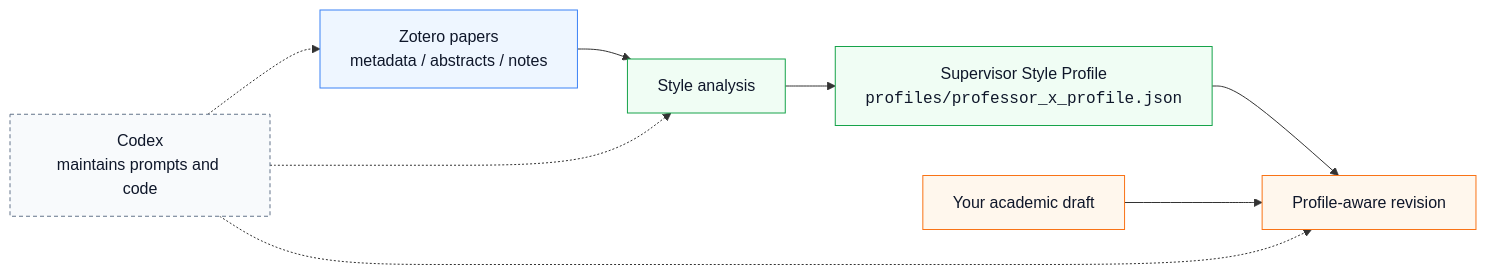
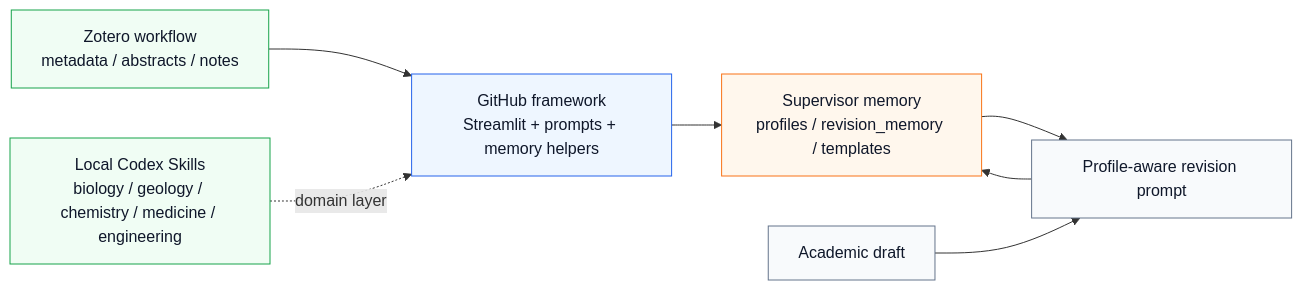
Before and after one commit to CHF-hayden/advisor-style-agent: the diagram in README.md, drawn with Mermaid. The commit also changed other lines of this file and 9 other files, not shown here.

Commit message:
Refactor as general academic memory framework

````diff
--- a/README.md
+++ b/README.md
@@ -115,20 +40,21 @@
 ```mermaid
 flowchart LR
-    classDef source fill:#eef6ff,stroke:#3b82f6,color:#0f172a,stroke-width:1px;
-    classDef memory fill:#f0fdf4,stroke:#16a34a,color:#0f172a,stroke-width:1px;
-    classDef writing fill:#fff7ed,stroke:#f97316,color:#0f172a,stroke-width:1px;
-    classDef codex fill:#f8fafc,stroke:#64748b,color:#0f172a,stroke-width:1px,stroke-dasharray:4 3;
+    classDef framework fill:#eef6ff,stroke:#2563eb,color:#0f172a,stroke-width:1px;
+    classDef local fill:#f0fdf4,stroke:#16a34a,color:#0f172a,stroke-width:1px;
+    classDef memory fill:#fff7ed,stroke:#f97316,color:#0f172a,stroke-width:1px;
+    classDef output fill:#f8fafc,stroke:#64748b,color:#0f172a,stroke-width:1px;
 
-    Z["Zotero papers<br/>metadata / abstracts / notes"]:::source
-    A["Style analysis"]:::memory
-    P["Supervisor Style Profile<br/><code>profiles/professor_x_profile.json</code>"]:::memory
-    D["Your academic draft"]:::writing
-    R["Profile-aware revision"]:::writing
-    C["Codex<br/>maintains prompts and code"]:::codex
+    Z["Zotero workflow<br/>metadata / abstracts / notes"]:::local
+    S["Local Codex Skills<br/>biology / geology / chemistry / medicine / engineering"]:::local
+    F["GitHub framework<br/>Streamlit + prompts + memory helpers"]:::framework
+    M["Supervisor memory<br/>profiles / revision_memory / templates"]:::memory
+    D["Academic draft"]:::output
+    R["Profile-aware revision prompt"]:::output
 
-    Z --> A --> P --> R
+    Z --> F
+    S -. domain layer .-> F
+    F --> M
+    M --> R
     D --> R
-    C -.-> Z
-    C -.-> A
-    C -.-> R
+    R --> M
 ```
````
